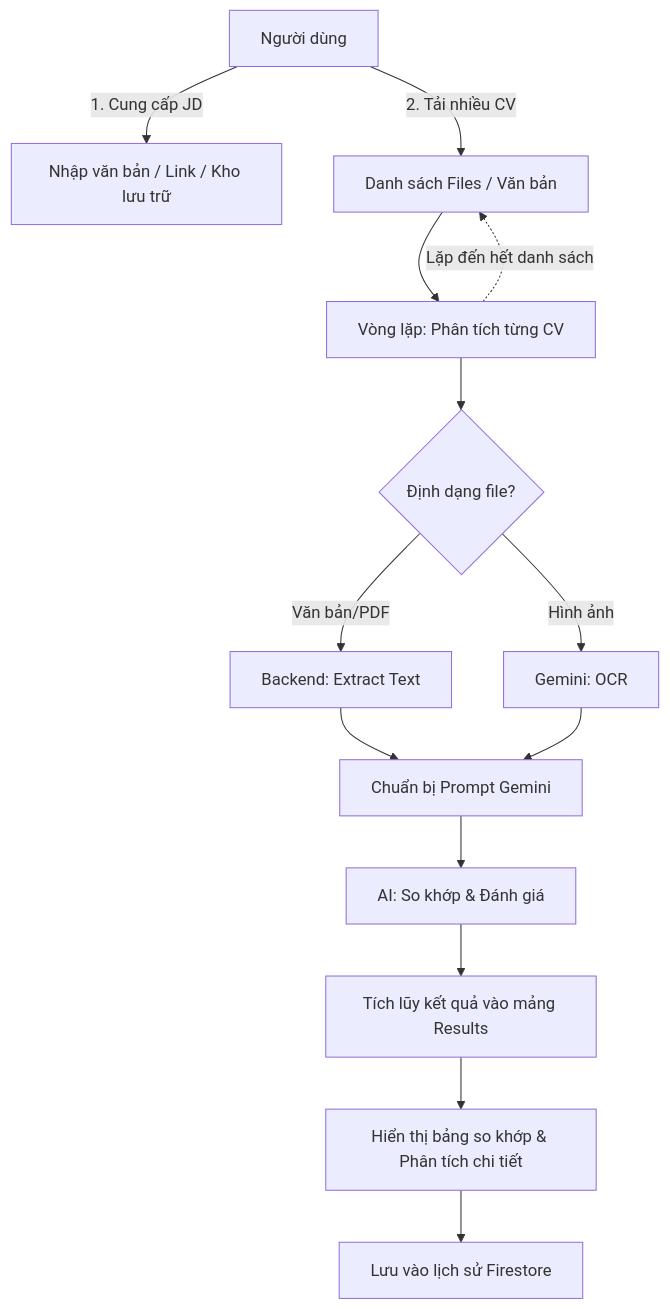
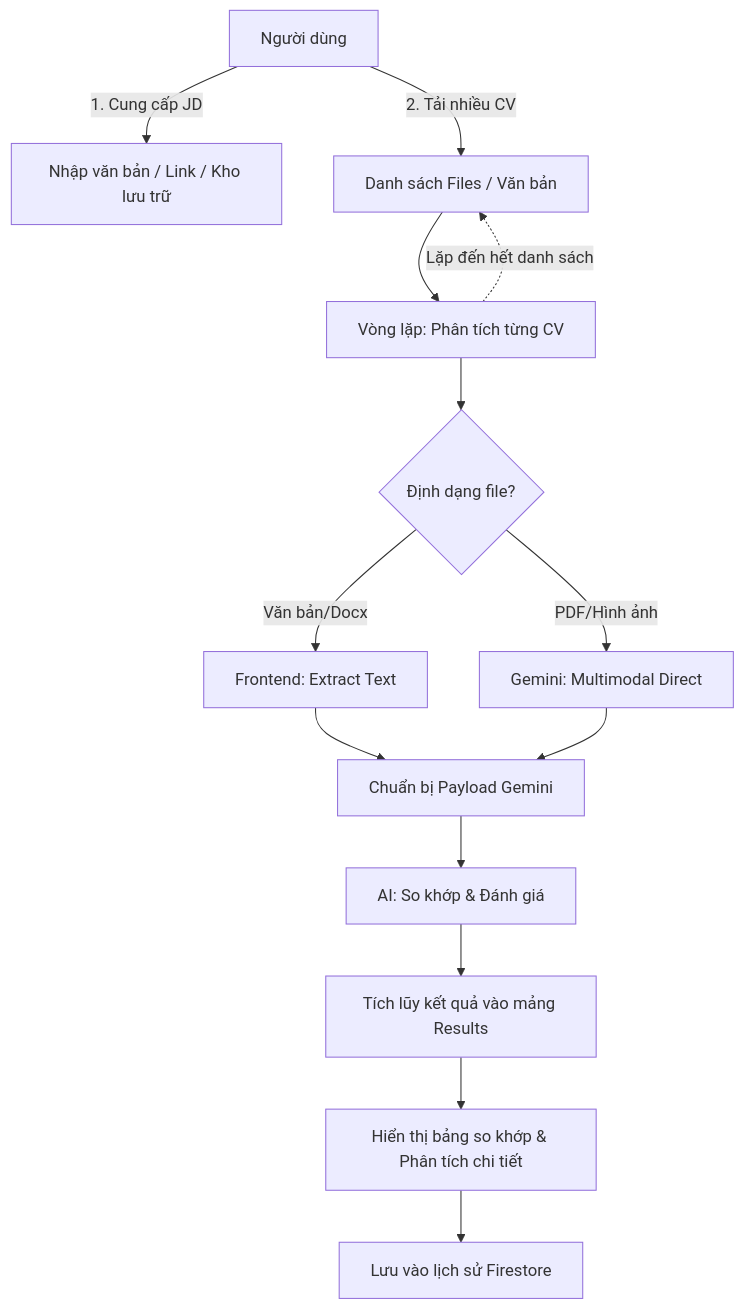
The diagram in docs/6_workflow.md (nghiepnguyen/CVCompareTN), drawn with Mermaid before and after one commit. The commit also changed 12 other files, not shown here.

First line of the commit message:
feat: optimize CV parsing with Gemini Multimodal and enhance dashboard performance

````diff
--- a/docs/6_workflow.md
+++ b/docs/6_workflow.md
@@ -7,16 +7,16 @@
 ```mermaid
 graph TD
     A[Người dùng] -->|1. Cung cấp JD| B[Nhập văn bản / Link / Kho lưu trữ]
     A -->|2. Tải nhiều CV| C[Danh sách Files / Văn bản]
     C --> D[Vòng lặp: Phân tích từng CV]
     D --> E{Định dạng file?}
-    E -->|Văn bản/PDF| F[Backend: Extract Text]
-    E -->|Hình ảnh| G[Gemini: OCR]
-    F --> H[Chuẩn bị Prompt Gemini]
+    E -->|Văn bản/Docx| F[Frontend: Extract Text]
+    E -->|PDF/Hình ảnh| G[Gemini: Multimodal Direct]
+    F --> H[Chuẩn bị Payload Gemini]
     G --> H
     H --> I[AI: So khớp & Đánh giá]
     I --> J[Tích lũy kết quả vào mảng Results]
     D -.->|Lặp đến hết danh sách| C
     J --> K[Hiển thị bảng so khớp & Phân tích chi tiết]
     K --> L[Lưu vào lịch sử Firestore]
 ```
````
